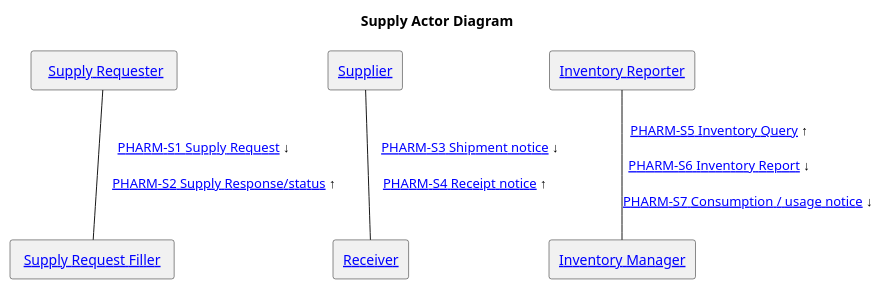
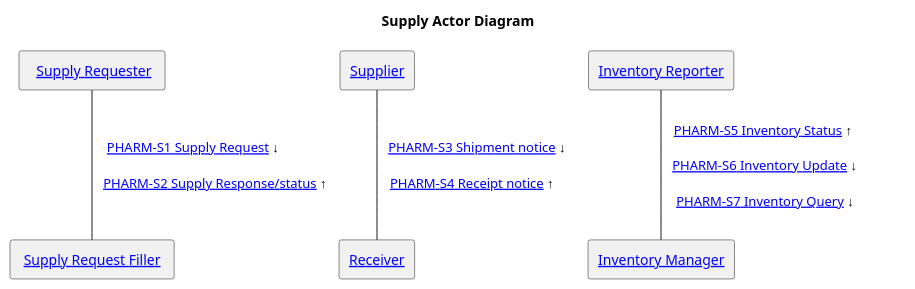
The diagram in input/images-source/actors-transactions.plantuml (IHE/pharm-supply), drawn with PlantUML before and after one commit. The commit also changed 3 other files, not shown here.

```diff
--- a/input/images-source/actors-transactions.plantuml
+++ b/input/images-source/actors-transactions.plantuml
@@ -1,20 +1,21 @@
 @startuml
 '!include ./style.iuml
+skinparam linetype polyline
 
 title Supply Actor Diagram
 skinparam linetype polyline
 agent "  [[actors_and_transactions.html#supply-requester Supply Requester ]]" as supplyrequester 
 agent " [[actors_and_transactions.html#supply-request-filler Supply Request Filler ]]" as supplyrequestfiller 
 agent "[[actors_and_transactions.html#supplier Supplier]]" as supplier 
 agent "[[actors_and_transactions.html#receiver Receiver]]" as receiver 
 
 agent "[[actors_and_transactions.html#supplier Inventory Reporter]]" as invreporter
 agent "[[actors_and_transactions.html#receiver Inventory Manager]]" as invmanager 
 
 
-supplyrequester -- supplyrequestfiller : "[[PHARM-S1.html PHARM-S1 Supply Request]] ↓         \n\n   [[PHARM-S2.html PHARM-S2 Supply Response/status]] ↑"
-supplyrequester -[hidden]r- supplier : "\t\t\t\t"
+supplyrequester -- supplyrequestfiller : "[[PHARM-S1.html PHARM-S1 Supply Request]] ↓          \n\n   [[PHARM-S2.html PHARM-S2 Supply Response/status]] ↑"
+supplyrequester -[hidden]r- supplier : "\t\t\t\t\t "
 supplier -d- receiver : "   [[PHARM-S3.html PHARM-S3 Shipment notice]] ↓\n\n[[PHARM-S4.html PHARM-S4 Receipt notice]] ↑"
-supplier -[hidden]r- invreporter : "\t\t\t\t "
-invreporter -d- invmanager : " [[PHARM-S5.html PHARM-S5 Inventory Query]] ↑                  \n\n[[PHARM-S6.html PHARM-S6 Inventory Report]] ↓                 \n\n[[PHARM-S7.html PHARM-S7 Consumption / usage notice]] ↓"
+supplier -[hidden]r- invreporter : "\t\t\t\t\t "
+invreporter -d- invmanager : "   [[PHARM-S5.html PHARM-S5 Inventory Status]] ↑                  \n\n   [[PHARM-S6.html PHARM-S6 Inventory Update]] ↓                 \n\n[[PHARM-S7.html PHARM-S7 Inventory Query]] ↓\t\t  "
 @enduml
```
